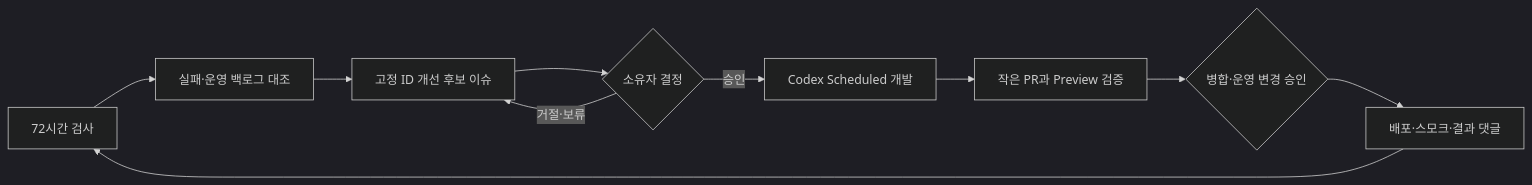
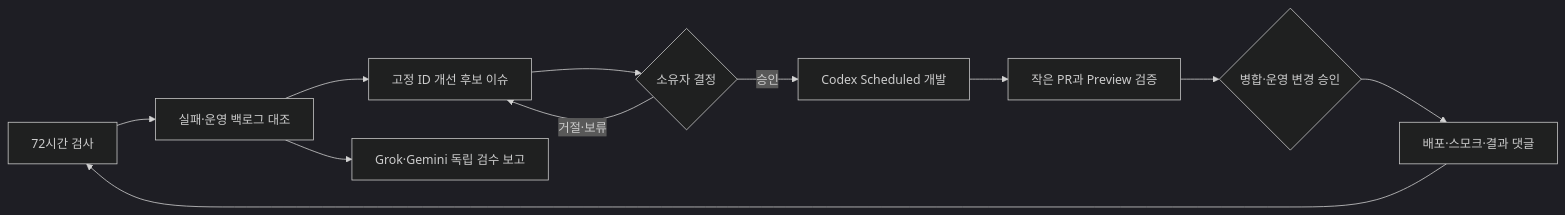
The diagram in docs/maintenance-routine.md (veronicaJeon/imageptns), drawn with Mermaid (dark theme) before and after one commit. The commit also changed other lines of this file and 10 other files, not shown here.

````diff
--- a/docs/maintenance-routine.md
+++ b/docs/maintenance-routine.md
@@ -31,12 +32,13 @@
 ```mermaid
 flowchart LR
   A["72시간 검사"] --> B["실패·운영 백로그 대조"]
   B --> C["고정 ID 개선 후보 이슈"]
+  B --> I["Grok·Gemini 독립 검수 보고"]
   C --> D{"소유자 결정"}
   D -->|승인| E["Codex Scheduled 개발"]
   D -->|거절·보류| C
   E --> F["작은 PR과 Preview 검증"]
   F --> G{"병합·운영 변경 승인"}
   G --> H["배포·스모크·결과 댓글"]
   H --> A
 ```
````
